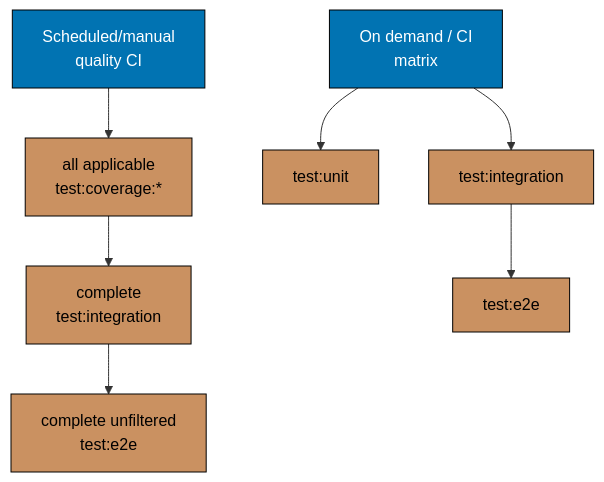
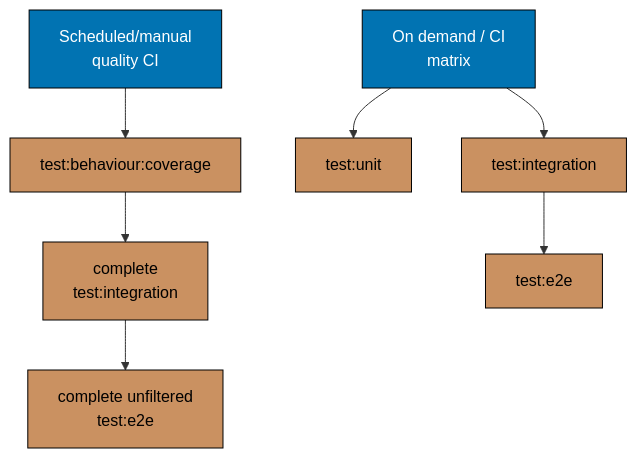
One commit to wahidyankf/ose-public changed the second of 2 diagrams in repo-governance/development/infra/nx-targets/execution-model.md. Above: the diagram before and after it, drawn with Mermaid. The commit also changed other lines of this file and 377 other files, not shown here.

First line of the commit message:
test(behaviour): finish the spec review, retire the repo-local behaviour checker

````diff
--- a/repo-governance/development/infra/nx-targets/execution-model.md
+++ b/repo-governance/development/infra/nx-targets/execution-model.md
@@ -55,18 +55,18 @@
 ```mermaid
 flowchart TD
     accTitle: Scheduled and On-Demand Testing
-    accDescr: Scheduled/manual quality CI leads to all applicable test:coverage:*; all applicable test:coverage:* leads to complete test:integration; complete test:integration leads to complete unfiltered test:e2e; On demand / CI matrix leads to test:unit; and 2 more links.
-    H2["Scheduled/manual<br/>quality CI"] --> C2["all applicable<br/>test:coverage:*"]
+    accDescr: Scheduled/manual quality CI leads to test:behaviour:coverage; test:behaviour:coverage leads to complete test:integration; complete test:integration leads to complete unfiltered test:e2e; On demand / CI matrix leads to test:unit; and 2 more links.
+    H2["Scheduled/manual<br/>quality CI"] --> C2["test:behaviour:coverage"]
     C2 --> I2["complete<br/>test:integration"]
     I2 --> E2["complete unfiltered<br/>test:e2e"]
 
     J[On demand / CI<br/>matrix] --> K[test:unit]
     J --> L[test:integration]
     L --> M[test:e2e]
 
     classDef blue fill:#0173B2,stroke:#000000,color:#FFFFFF
     classDef brown fill:#CA9161,stroke:#000000,color:#000000
     class H2,J blue
     class C2,I2,E2,K,L,M brown
     classDef default fill:#FFFFFF,stroke:#000000,color:#000000
 ```
````
